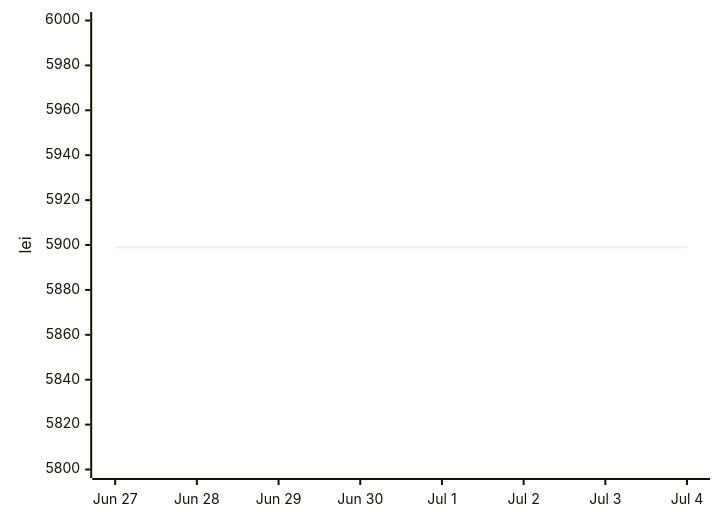
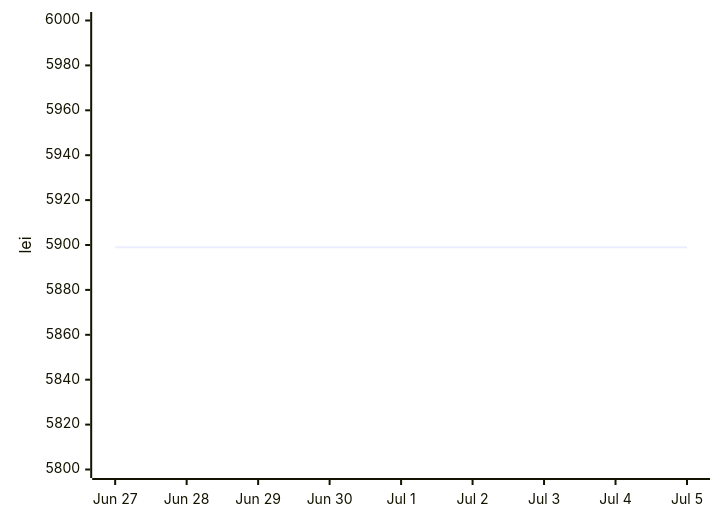
Before and after one commit to anagheioan/laptop-price-monitor: the second of 2 diagrams in README.md, drawn with Mermaid. The commit also changed other lines of this file and 1 other file, not shown here.

Commit message:
Price check 2026-07-05

````diff
--- a/README.md
+++ b/README.md
@@ -29,6 +29,6 @@
 ```mermaid
 xychart-beta
-    x-axis ["Jun 27", "Jun 28", "Jun 29", "Jun 30", "Jul 1", "Jul 2", "Jul 3", "Jul 4"]
+    x-axis ["Jun 27", "Jun 28", "Jun 29", "Jun 30", "Jul 1", "Jul 2", "Jul 3", "Jul 4", "Jul 5"]
     y-axis "lei" 5800 --> 6000
-    line [5899.0, 5899.0, 5899.0, 5899.0, 5899.0, 5899.0, 5899.0, 5899.0]
+    line [5899.0, 5899.0, 5899.0, 5899.0, 5899.0, 5899.0, 5899.0, 5899.0, 5899.0]
 ```
````
